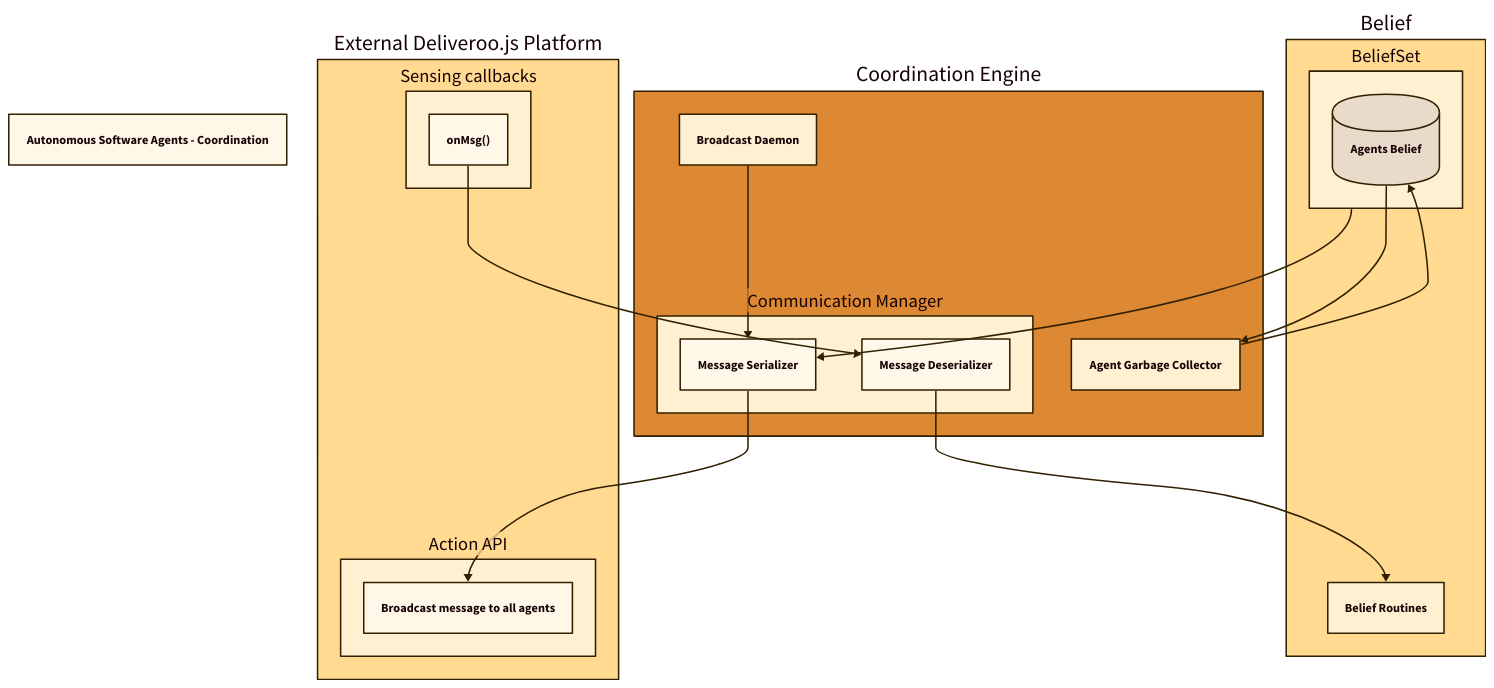
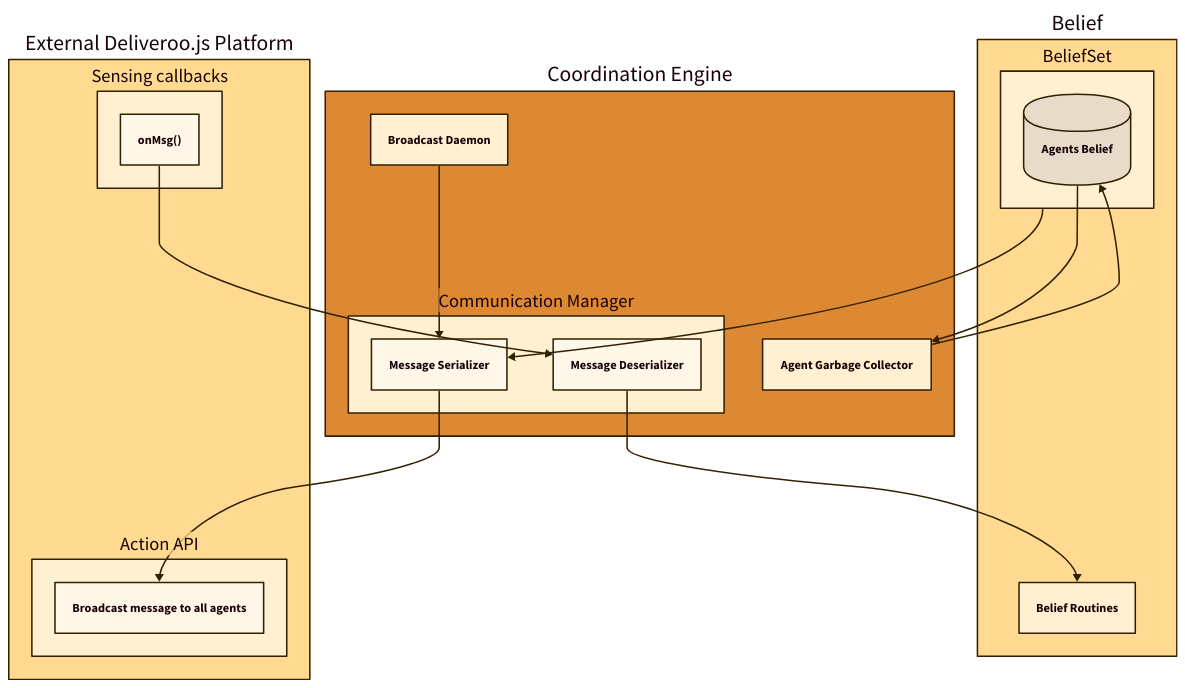
The diagram in presentation/diagrams/coordination.d2 (LuigiMiazzo17/unitn-autonomusSoftwareAgents), drawn with D2 before and after one commit. The commit also changed 8 other files, not shown here. The source asks for the TALA layout; these drawings use dagre instead.

Commit message:
doc: remove titles from diagrams

```diff
--- a/presentation/diagrams/coordination.d2
+++ b/presentation/diagrams/coordination.d2
@@ -1,68 +1,66 @@
-title: "Autonomous Software Agents - Coordination"
-
 vars: {
   d2-config: {
     layout-engine: tala
     theme-id: 105
   }
 }
 
 platform: {
   label: "External Deliveroo.js Platform"
   sensing: {
     label: "Sensing callbacks"
     onMsg: {
       label: "onMsg()"
     }
   }
   actions: {
     label: "Action API"
     broadcast: {
       label: "Broadcast message to all agents"
     }
   }
 }
 
 beliefs: {
   label: "Belief"
   state: {
     label: "BeliefSet"
     agents: {
       label: "Agents Belief"
       shape: cylinder
     }
   }
   routines: {
     label: "Belief Routines"
   }
 }
 
 coordination: {
   label: "Coordination Engine"
   style: {
     fill: "#dd8833"
   }
   communication: {
     label: "Communication Manager"
     serializer: {
       label: "Message Serializer"
     }
     deserializer: {
       label: "Message Deserializer"
     }
   }
   broadcastdaemon: {
     label: "Broadcast Daemon"
   }
   agentGC: {
     label: "Agent Garbage Collector"
   }
 }
 
 platform.sensing.onMsg -> coordination.communication.deserializer
 beliefs.state.agents -> coordination.agentGC
 coordination.broadcastdaemon -> coordination.communication.serializer
 coordination.agentGC -> beliefs.state.agents
 coordination.communication.serializer -> platform.actions.broadcast
 beliefs.state -> coordination.communication.serializer
 coordination.communication.deserializer -> beliefs.routines
```
